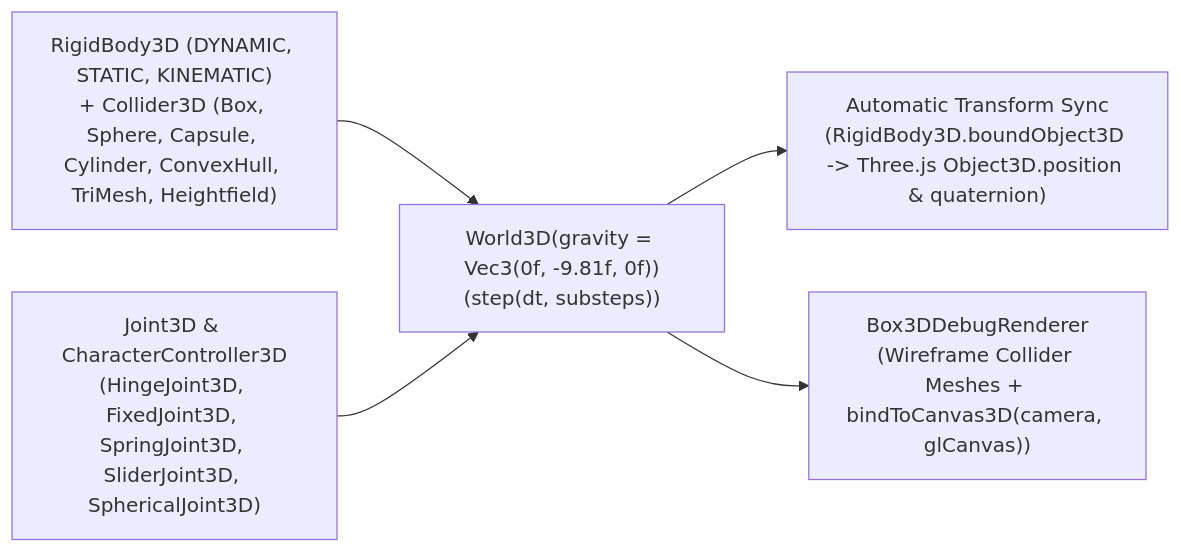
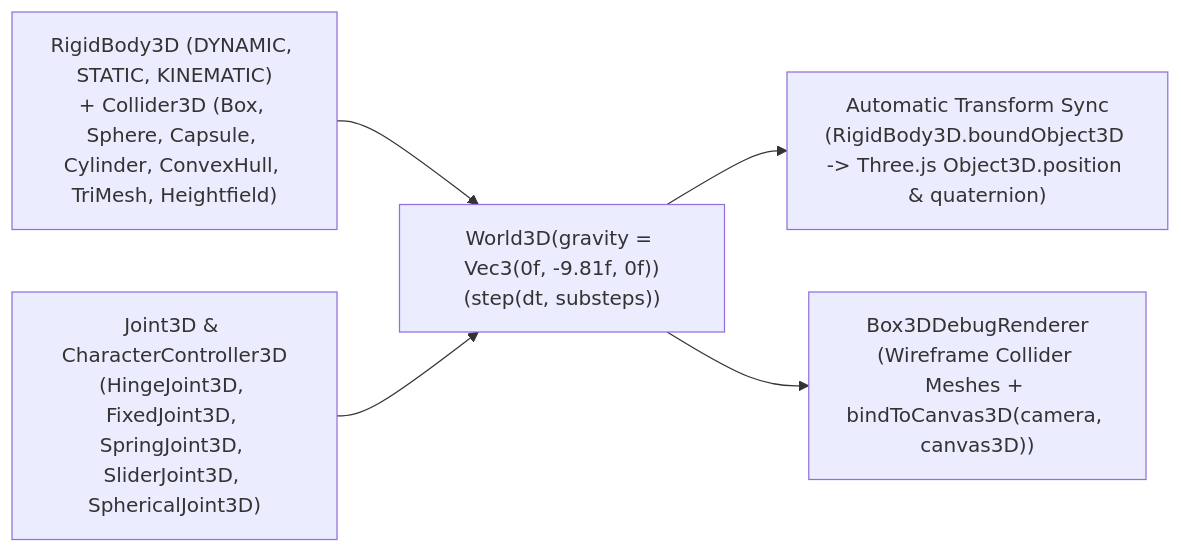
Before and after one commit to GenericUI/Extensions: the diagram in docs/box3d.md, drawn with Mermaid. The commit also changed other lines of this file and 242 other files, not shown here.

````diff
--- a/docs/box3d.md
+++ b/docs/box3d.md
@@ -11,13 +11,13 @@
 ```mermaid
 flowchart LR
     World3D["World3D(gravity = Vec3(0f, -9.81f, 0f))<br/>(step(dt, substeps))"]
     RigidBodies["RigidBody3D (DYNAMIC, STATIC, KINEMATIC)<br/>+ Collider3D (Box, Sphere, Capsule, Cylinder, ConvexHull, TriMesh, Heightfield)"]
     JointsAndCC["Joint3D & CharacterController3D<br/>(HingeJoint3D, FixedJoint3D, SpringJoint3D, SliderJoint3D, SphericalJoint3D)"]
     Sync["Automatic Transform Sync<br/>(RigidBody3D.boundObject3D -> Three.js Object3D.position & quaternion)"]
-    DebugRenderer["Box3DDebugRenderer<br/>(Wireframe Collider Meshes + bindToCanvas3D(camera, glCanvas))"]
+    DebugRenderer["Box3DDebugRenderer<br/>(Wireframe Collider Meshes + bindToCanvas3D(camera, canvas3D))"]
 
     RigidBodies --> World3D
     JointsAndCC --> World3D
     World3D --> Sync
     World3D --> DebugRenderer
 ```
````
